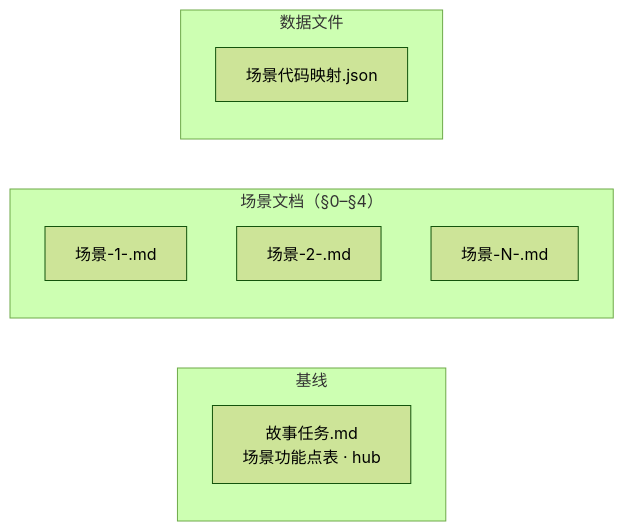
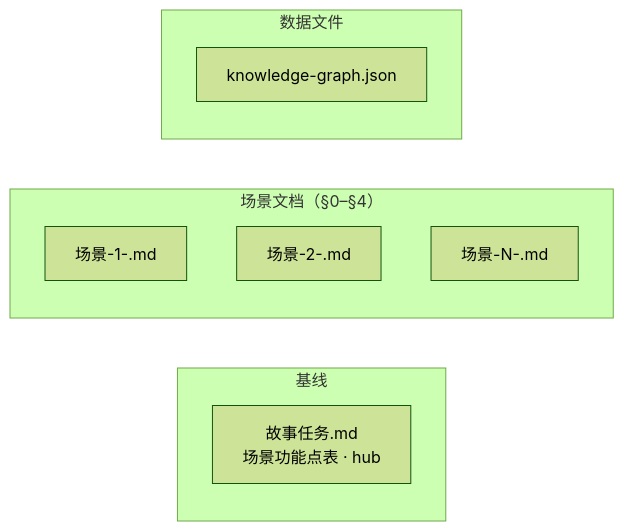
The first of 3 diagrams in skills/rui/coder.md (effiy/YrY), drawn with Mermaid (forest theme) before and after one commit. The commit also changed other lines of this file and 15 other files, not shown here.

````diff
--- a/skills/rui/coder.md
+++ b/skills/rui/coder.md
@@ -20,14 +20,14 @@
 ```mermaid
 flowchart LR
     subgraph 基线["基线"]
         B1["故事任务.md<br/>场景功能点表 · hub"]:::baseline
     end
     subgraph 场景["场景文档（§0–§4）"]
         C1["场景-1-<slug>.md"]:::scene
         C2["场景-2-<slug>.md"]:::scene
         C3["场景-N-<slug>.md"]:::scene
     end
     subgraph 数据["数据文件"]
-        D1["场景代码映射.json"]:::data
+        D1["knowledge-graph.json"]:::data
     end
 ```
````
